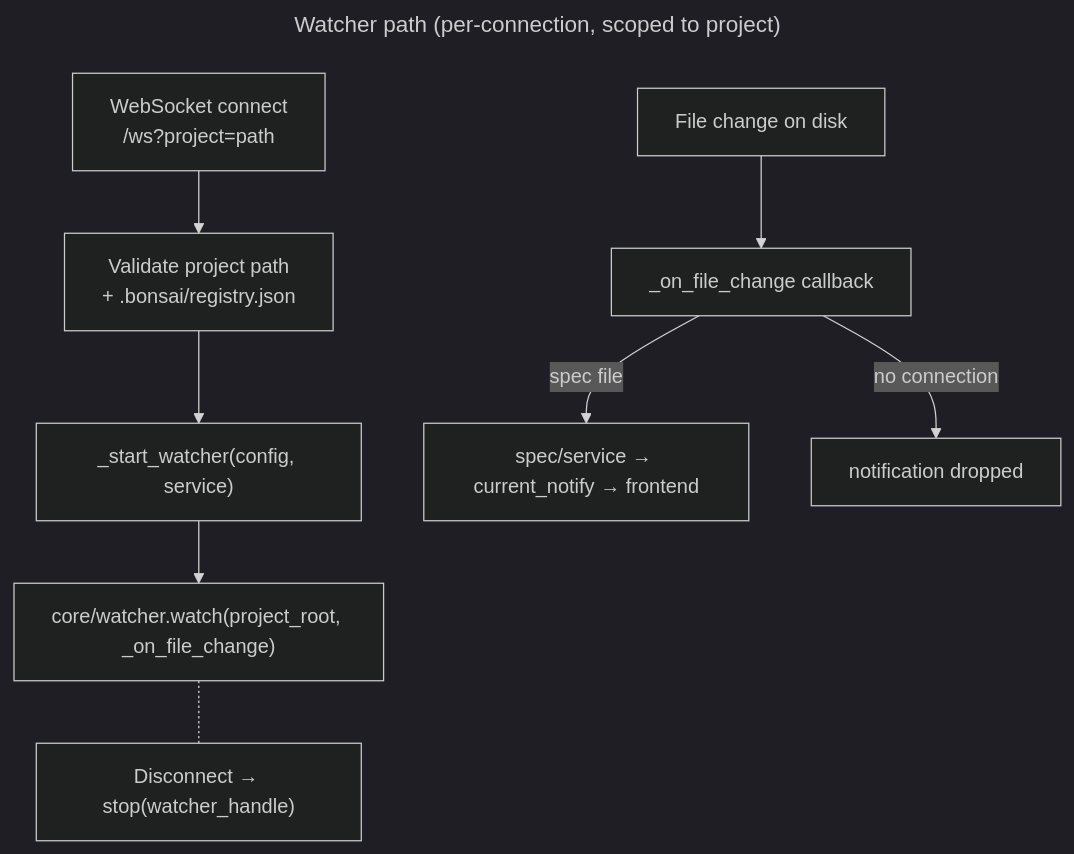
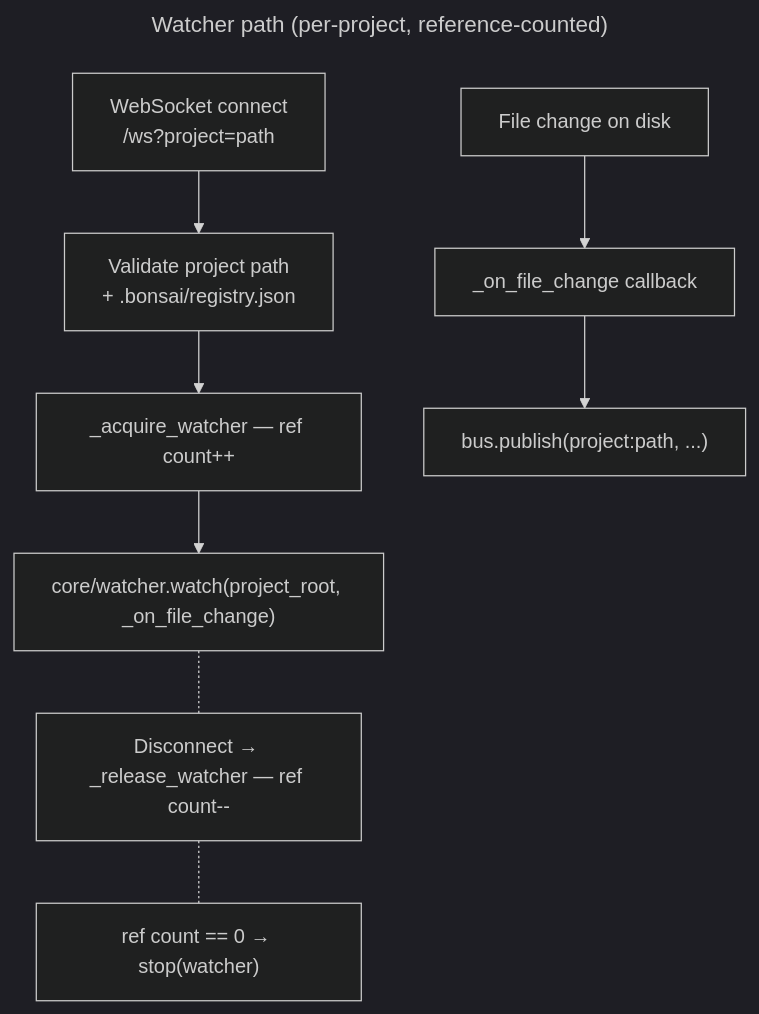
One commit to JetBrains/thinkrail changed the second of 3 diagrams in backend/app/rpc/README.md. Above: the diagram before and after it, drawn with Mermaid (dark theme). The commit also changed other lines of this file and 18 other files, not shown here.

````diff
--- a/backend/app/rpc/README.md
+++ b/backend/app/rpc/README.md
@@ -192,21 +209,20 @@
 ```mermaid
 ---
-title: "Watcher path (per-connection, scoped to project)"
+title: "Watcher path (per-project, reference-counted)"
 ---
 graph TD
     Connect["WebSocket connect<br/>/ws?project=path"]
     Validate["Validate project path<br/>+ .bonsai/registry.json"]
-    StartW["_start_watcher(config, service)"]
+    Acquire["_acquire_watcher — ref count++"]
     Watch["core/watcher.watch(project_root, _on_file_change)"]
     Change["File change on disk"]
     Callback["_on_file_change callback"]
-    SpecPath["spec/service → current_notify → frontend"]
-    Dropped["notification dropped"]
-    StopW["Disconnect → stop(watcher_handle)"]
+    BusPub["bus.publish(project:path, ...)"]
+    Release["Disconnect → _release_watcher — ref count--"]
+    Stop["ref count == 0 → stop(watcher)"]
 
-    Connect --> Validate --> StartW --> Watch
-    Change --> Callback
-    Callback -- "spec file" --> SpecPath
-    Callback -- "no connection" --> Dropped
-    Watch -.- StopW
+    Connect --> Validate --> Acquire --> Watch
+    Change --> Callback --> BusPub
+    Watch -.- Release
+    Release -.- Stop
 ```
````
